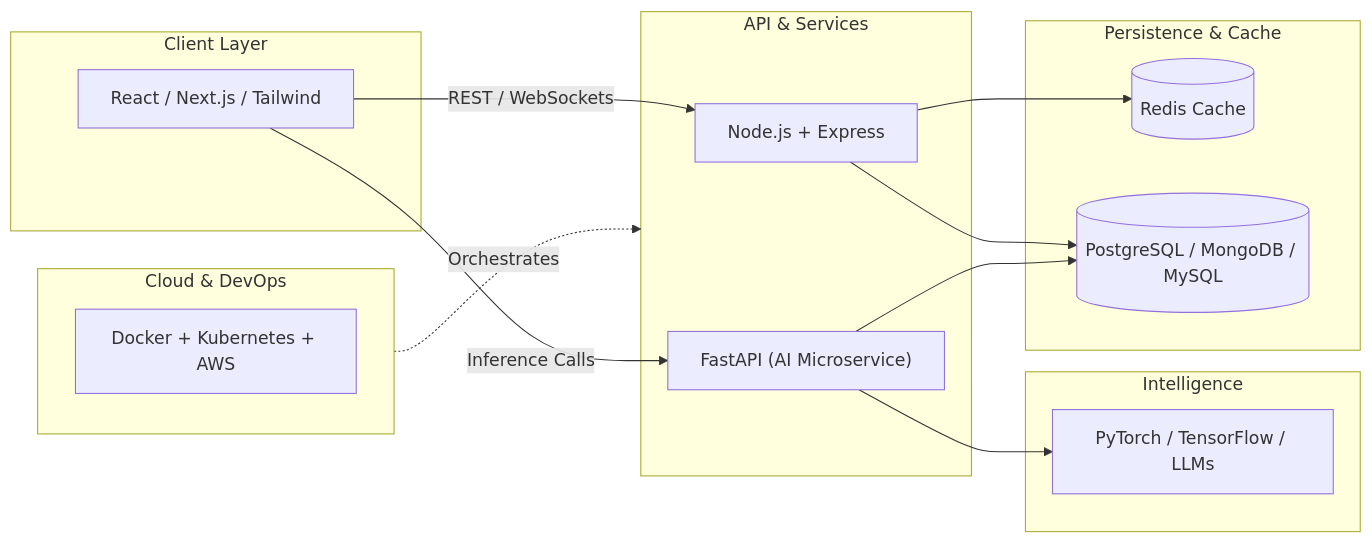
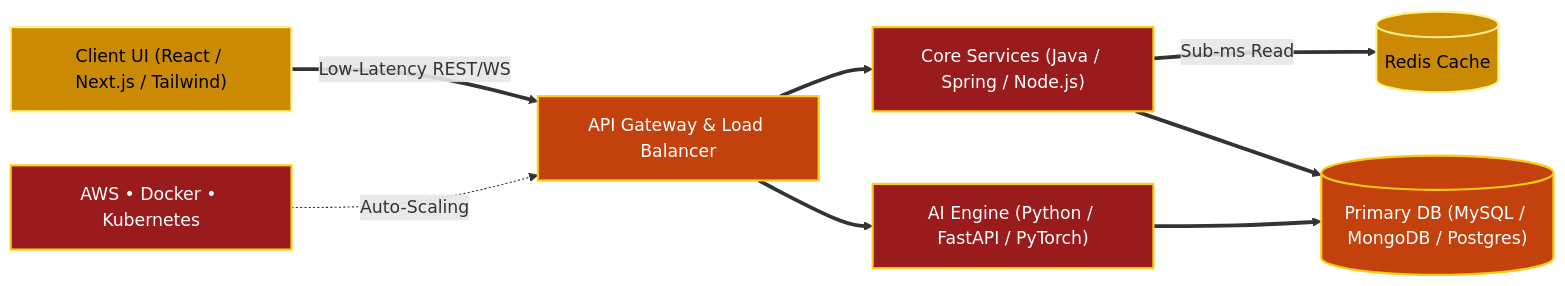
The diagram in README.md (RMukherjee007/RMukherjee007), drawn with Mermaid before and after one commit. The commit also changed other lines of this file, not shown here.

````diff
--- a/README.md
+++ b/README.md
@@ -94,32 +92,22 @@
 ```mermaid
 flowchart LR
-    subgraph Client[" Client Layer"]
-        UI["React / Next.js / Tailwind"]
-    end
+    classDef primaryRed fill:#991b1b,stroke:#facc15,stroke-width:2px,color:#ffffff;
+    classDef accentOrange fill:#c2410c,stroke:#facc15,stroke-width:2px,color:#ffffff;
+    classDef highlightGold fill:#ca8a04,stroke:#fef08a,stroke-width:2px,color:#000000;
 
-    subgraph Gateway[" API & Services"]
-        Node["Node.js + Express"]
-        Fast["FastAPI (AI Microservice)"]
-    end
+    UI["Client UI (React / Next.js / Tailwind)"]:::highlightGold
+    GW["API Gateway & Load Balancer"]:::accentOrange
+    SVC1["Core Services (Java / Spring / Node.js)"]:::primaryRed
+    SVC2["AI Engine (Python / FastAPI / PyTorch)"]:::primaryRed
+    CACHE[("Redis Cache")]:::highlightGold
+    DB[("Primary DB (MySQL / MongoDB / Postgres)")]:::accentOrange
+    INFRA["AWS • Docker • Kubernetes"]:::primaryRed
 
-    subgraph AI[" Intelligence"]
-        ML["PyTorch / TensorFlow / LLMs"]
-    end
-
-    subgraph Data[" Persistence & Cache"]
-        Redis[("Redis Cache")]
-        DB[("PostgreSQL / MongoDB / MySQL")]
-    end
-
-    subgraph Infra[" Cloud & DevOps"]
-        Docker["Docker + Kubernetes + AWS"]
-    end
-
-    UI -->|REST / WebSockets| Node
-    UI -->|Inference Calls| Fast
-    Fast --> ML
-    Node --> Redis
-    Node --> DB
-    Fast --> DB
-    Infra -.->|Orchestrates| Gateway
+    UI ==>|Low-Latency REST/WS| GW
+    GW ==> SVC1
+    GW ==> SVC2
+    SVC1 ==>|Sub-ms Read| CACHE
+    SVC1 ==> DB
+    SVC2 ==> DB
+    INFRA -.->|Auto-Scaling| GW
 ```
````
